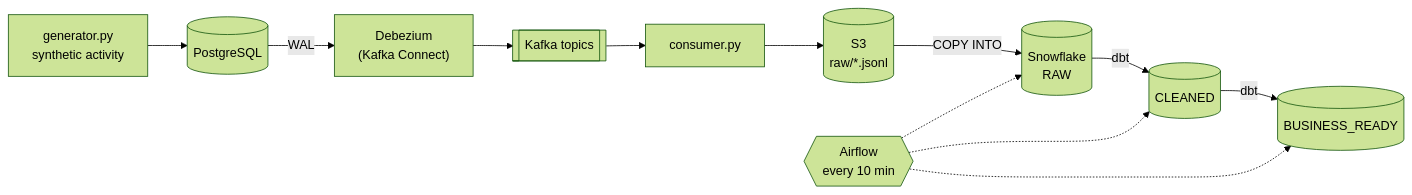
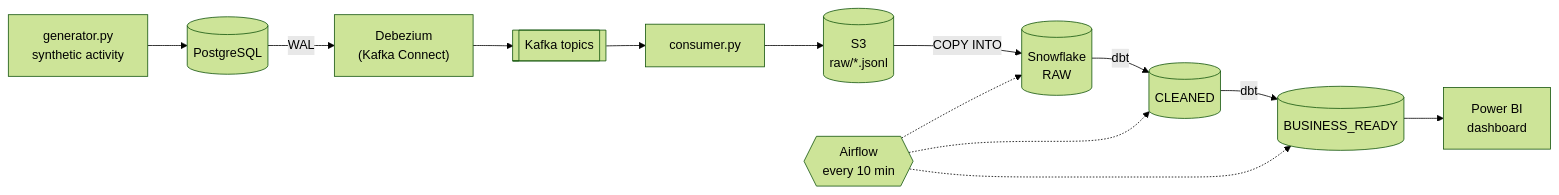
Before and after one commit to Muhannad4555/Banking-Data-Engineering-Project: the diagram in README.md, drawn with Mermaid (forest theme). The commit also changed other lines of this file and 5 other files, not shown here.

First line of the commit message:
Add Power BI dashboard, BI_READER role and screenshots

````diff
--- a/README.md
+++ b/README.md
@@ -11,14 +11,15 @@
 ```mermaid
 flowchart LR
     gen["generator.py<br/>synthetic activity"] --> pg[("PostgreSQL")]
     pg -->|WAL| dbz["Debezium<br/>(Kafka Connect)"]
     dbz --> kafka[["Kafka topics"]]
     kafka --> cons["consumer.py"]
     cons --> s3[("S3<br/>raw/*.jsonl")]
     s3 -->|COPY INTO| raw[("Snowflake<br/>RAW")]
     raw -->|dbt| cleaned[("CLEANED")]
     cleaned -->|dbt| gold[("BUSINESS_READY")]
+    gold --> bi["Power BI<br/>dashboard"]
     airflow{{"Airflow<br/>every 10 min"}} -.-> raw
     airflow -.-> cleaned
     airflow -.-> gold
 ```
````
